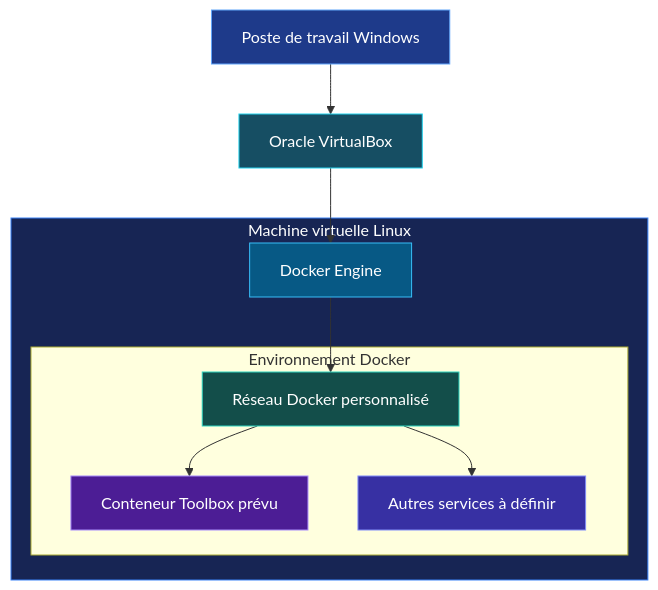
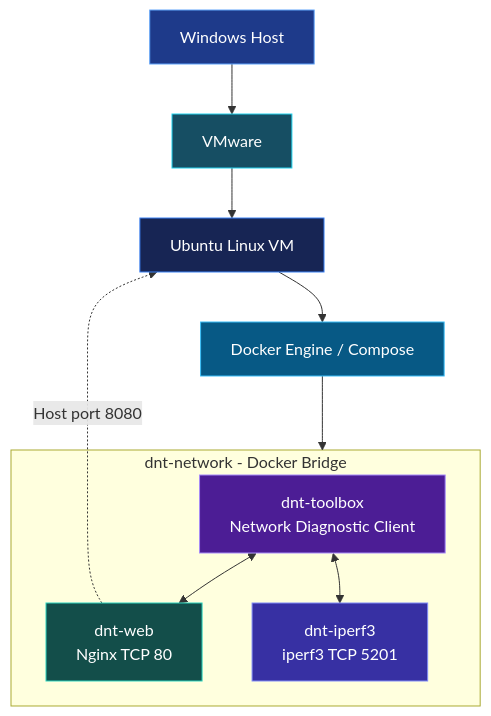
The diagram in README.md (RufusTheDwarf/Docker-Network-Toolkit), drawn with Mermaid before and after one commit. The commit also changed other lines of this file, not shown here.

````diff
--- a/README.md
+++ b/README.md
@@ -295,30 +256,31 @@
 ```mermaid
 flowchart TB
-    PC["Poste de travail Windows"]
-    VB["Oracle VirtualBox"]
+    PC["Windows Host"]
+    VMWARE["VMware"]
+    UBUNTU["Ubuntu Linux VM"]
+    ENGINE["Docker Engine / Compose"]
 
-    subgraph VM["Machine virtuelle Linux"]
-        ENGINE["Docker Engine"]
-
-        subgraph DOCKER["Environnement Docker"]
-            NET["Réseau Docker personnalisé"]
-            TOOL["Conteneur Toolbox prévu"]
-            SERVICES["Autres services à définir"]
-        end
-
-        ENGINE --> NET
-        NET --> TOOL
-        NET --> SERVICES
+    subgraph NETWORK["dnt-network - Docker Bridge"]
+        TOOL["dnt-toolbox<br/>Network Diagnostic Client"]
+        WEB["dnt-web<br/>Nginx TCP 80"]
+        IPERF["dnt-iperf3<br/>iperf3 TCP 5201"]
     end
 
-    PC --> VB
-    VB --> ENGINE
+    PC --> VMWARE
+    VMWARE --> UBUNTU
+    UBUNTU --> ENGINE
+    ENGINE --> NETWORK
+
+    TOOL <--> WEB
+    TOOL <--> IPERF
+
+    WEB -. "Host port 8080" .-> UBUNTU
 
     style PC fill:#1E3A8A,color:#fff,stroke:#60A5FA
-    style VB fill:#164E63,color:#fff,stroke:#22D3EE
-    style VM fill:#172554,color:#fff,stroke:#3B82F6
+    style VMWARE fill:#164E63,color:#fff,stroke:#22D3EE
+    style UBUNTU fill:#172554,color:#fff,stroke:#3B82F6
     style ENGINE fill:#075985,color:#fff,stroke:#38BDF8
-    style NET fill:#134E4A,color:#fff,stroke:#2DD4BF
     style TOOL fill:#4C1D95,color:#fff,stroke:#A78BFA
-    style SERVICES fill:#3730A3,color:#fff,stroke:#818CF8
+    style WEB fill:#134E4A,color:#fff,stroke:#2DD4BF
+    style IPERF fill:#3730A3,color:#fff,stroke:#818CF8
 ```
````
